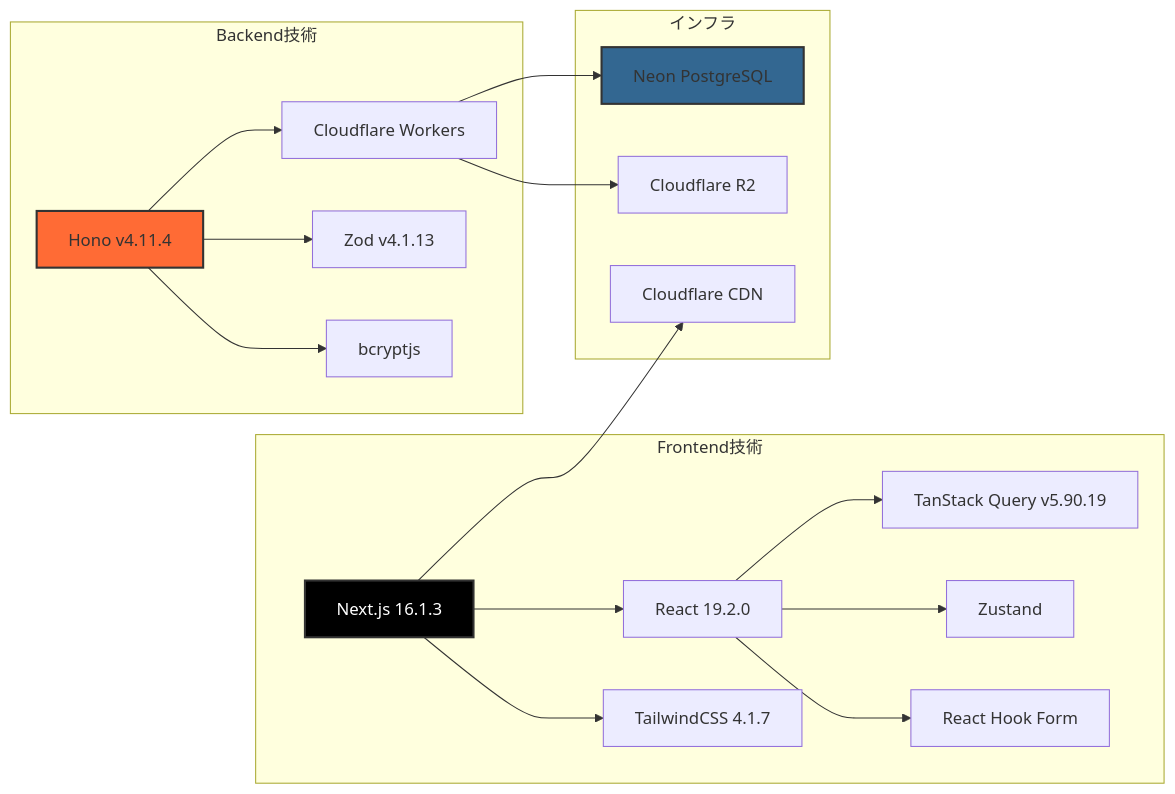
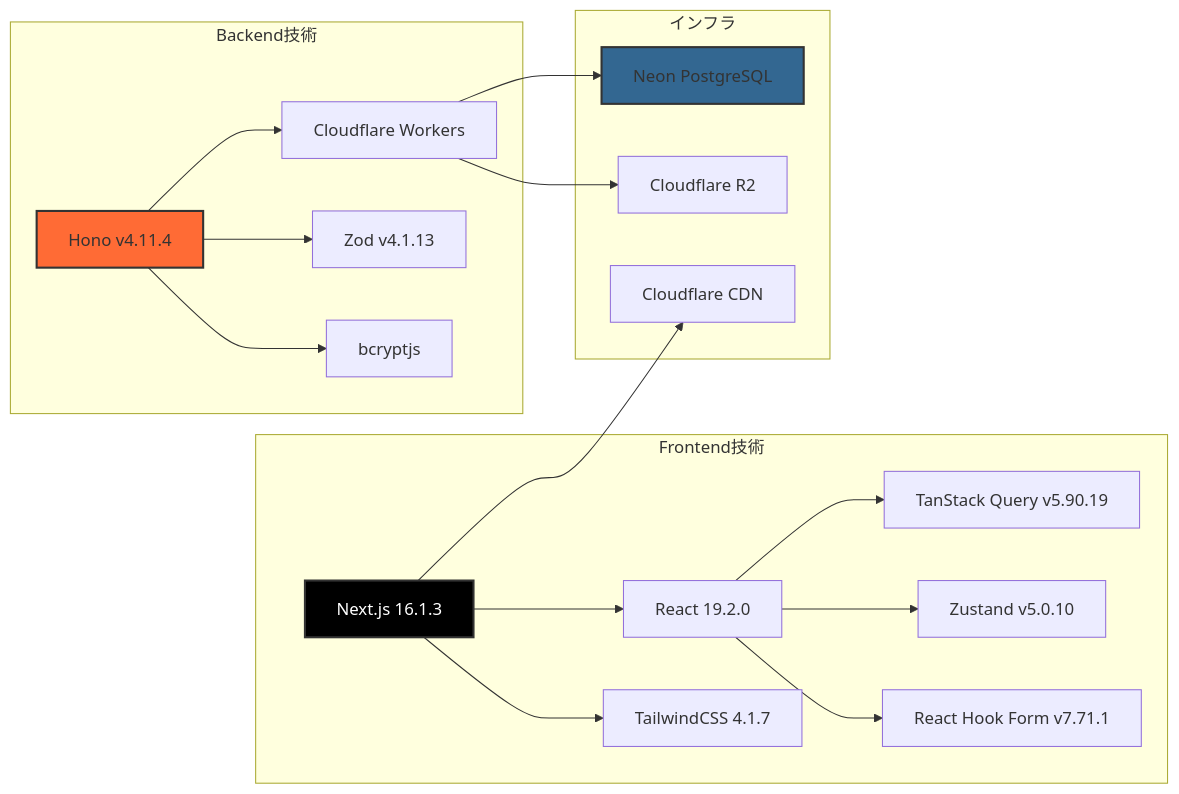
One commit to ProjectEuropa/Europa changed the fourth of 4 diagrams in readme.md. Above: the diagram before and after it, drawn with Mermaid.

````diff
--- a/readme.md
+++ b/readme.md
@@ -296,42 +296,42 @@
 ```mermaid
 graph LR
     subgraph "Frontend技術"
         NextJS[Next.js 16.1.3]
         React[React 19.2.0]
         TailwindCSS[TailwindCSS 4.1.7]
         TanStack[TanStack Query v5.90.19]
-        Zustand[Zustand]
-        RHF[React Hook Form]
+        Zustand[Zustand v5.0.10]
+        RHF[React Hook Form v7.71.1]
     end
 
     subgraph "Backend技術"
         Hono[Hono v4.11.4]
         Workers[Cloudflare Workers]
         Zod[Zod v4.1.13]
         Bcrypt[bcryptjs]
     end
 
     subgraph "インフラ"
         Neon[Neon PostgreSQL]
         R2[Cloudflare R2]
         CF[Cloudflare CDN]
     end
 
     NextJS --> React
     NextJS --> TailwindCSS
     React --> TanStack
     React --> Zustand
     React --> RHF
 
     Hono --> Workers
     Hono --> Zod
     Hono --> Bcrypt
 
     Workers --> Neon
     Workers --> R2
     NextJS --> CF
 
     style NextJS fill:#000,color:#fff,stroke:#333,stroke-width:2px
     style Hono fill:#ff6b35,stroke:#333,stroke-width:2px
     style Neon fill:#336791,stroke:#333,stroke-width:2px
 ```
````
